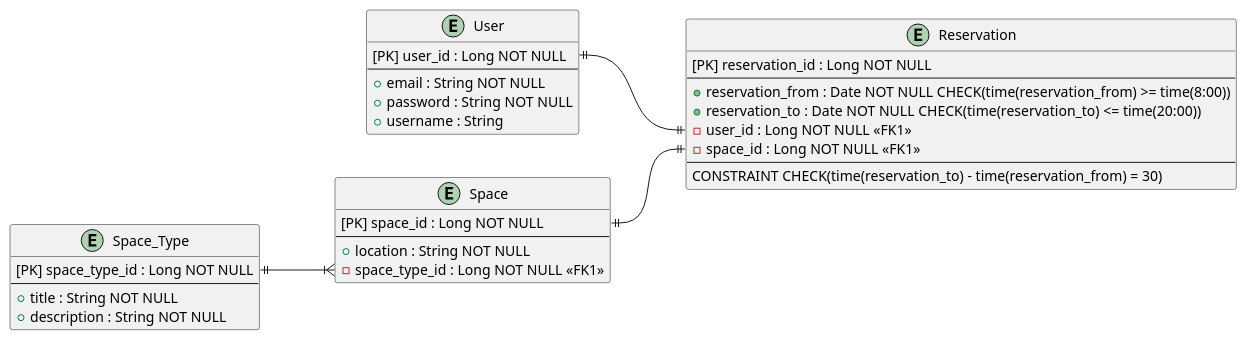
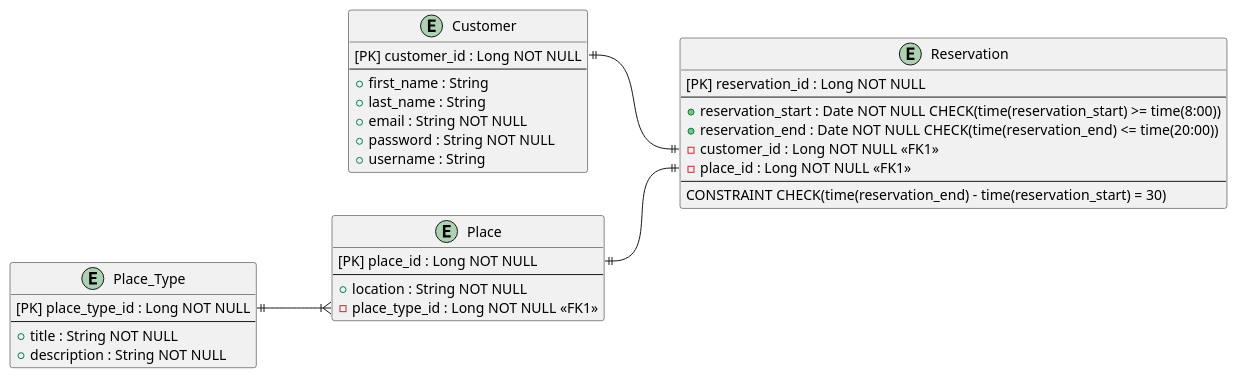
The diagram in README.md (jonasfroeller/Reservation), drawn with PlantUML before and after one commit. The commit also changed 20 other files, not shown here.

````diff
--- a/README.md
+++ b/README.md
@@ -7,42 +7,44 @@
 ```plantuml
 @startuml
 left to right direction
 
 entity "Reservation" {
   [PK] reservation_id : Long NOT NULL
   --
-  + reservation_from : Date NOT NULL CHECK(time(reservation_from) >= time(8:00))
-  + reservation_to : Date NOT NULL CHECK(time(reservation_to) <= time(20:00))
-  - user_id : Long NOT NULL <<FK1>>
-  - space_id : Long NOT NULL <<FK1>>
+  + reservation_start : Date NOT NULL CHECK(time(reservation_start) >= time(8:00))
+  + reservation_end : Date NOT NULL CHECK(time(reservation_end) <= time(20:00))
+  - customer_id : Long NOT NULL <<FK1>>
+  - place_id : Long NOT NULL <<FK1>>
   --
-  CONSTRAINT CHECK(time(reservation_to) - time(reservation_from) = 30)
+  CONSTRAINT CHECK(time(reservation_end) - time(reservation_start) = 30)
 }
 
-entity "Space_Type" {
-  [PK] space_type_id : Long NOT NULL
+entity "Place_Type" {
+  [PK] place_type_id : Long NOT NULL
   --
   + title : String NOT NULL
   + description : String NOT NULL
 }
 
-entity "Space" {
-  [PK] space_id : Long NOT NULL
+entity "Place" {
+  [PK] place_id : Long NOT NULL
   --
   + location : String NOT NULL
-  - space_type_id : Long NOT NULL <<FK1>>
+  - place_type_id : Long NOT NULL <<FK1>>
 }
 
-entity "User" {
-  [PK] user_id : Long NOT NULL
+entity "Customer" {
+  [PK] customer_id : Long NOT NULL
   --
+  + first_name : String
+  + last_name : String
   + email : String NOT NULL
   + password : String NOT NULL
   + username : String
 }
 
-Space_Type::space_type_id ||--|{ Space::space_type_id
-User::user_id ||--|| Reservation::user_id
-Space::space_id ||--|| Reservation::space_id
+Place_Type::place_type_id ||--|{ Place::place_type_id
+Customer::customer_id ||--|| Reservation::customer_id
+Place::place_id ||--|| Reservation::place_id
 @enduml
 ```
````
